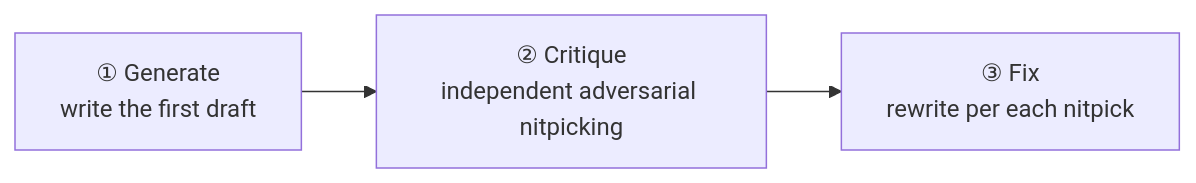
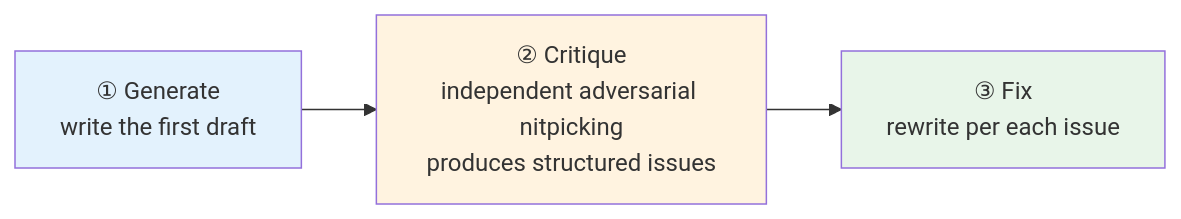
Before and after one commit to intel-van/workflow-cookbook: the first of 3 diagrams in docs/en/p3-12-gcf-loop.md, drawn with Mermaid. The commit also changed other lines of this file and 19 other files, not shown here.

````diff
--- a/docs/en/p3-12-gcf-loop.md
+++ b/docs/en/p3-12-gcf-loop.md
@@ -11,4 +27,7 @@
 ```mermaid
 flowchart LR
-  G["① Generate<br/>write the first draft"] --> C["② Critique<br/>independent adversarial nitpicking"] --> F["③ Fix<br/>rewrite per each nitpick"]
+  G["① Generate<br/>write the first draft"] --> C["② Critique<br/>independent adversarial nitpicking<br/>produces structured issues"] --> F["③ Fix<br/>rewrite per each issue"]
+  style G fill:#e3f2fd
+  style C fill:#fff3e0
+  style F fill:#e8f5e9
 ```
````
